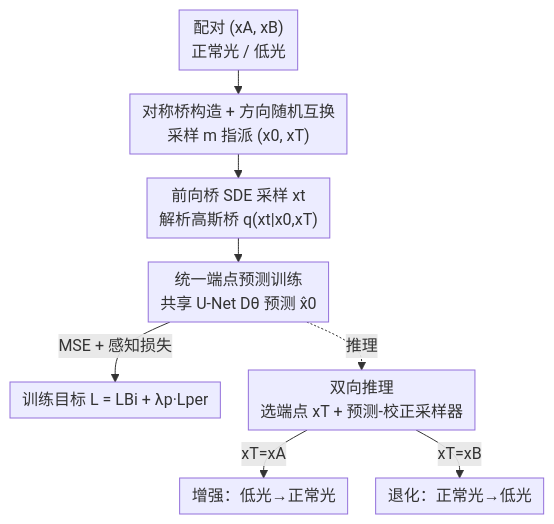
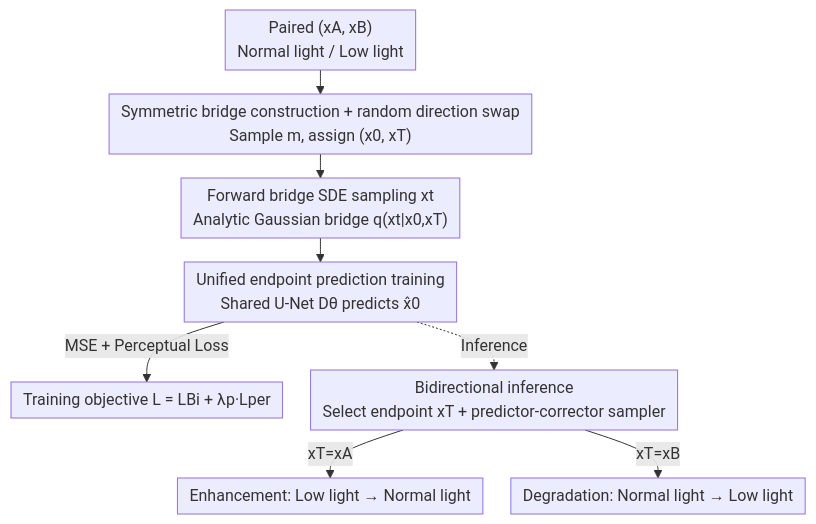
One commit to zhaoyang97/Paper-Notes-en changed the diagram in docs/CVPR2026/image_restoration/bi-bridge_bidirectional_diffusion_bridges_for_low-light_image_enhancement.md. Above: the diagram before and after it, drawn with Mermaid. The commit also changed 644 other files, not shown here.

````diff
--- a/docs/CVPR2026/image_restoration/bi-bridge_bidirectional_diffusion_bridges_for_low-light_image_enhancement.md
+++ b/docs/CVPR2026/image_restoration/bi-bridge_bidirectional_diffusion_bridges_for_low-light_image_enhancement.md
@@ -49,11 +49,11 @@
 ```mermaid
 %%{init: {'flowchart': {'rankSpacing': 24, 'nodeSpacing': 28, 'padding': 6, 'wrappingWidth': 400}}}%%
 flowchart TD
-    A["配对 (xA, xB)<br/>正常光 / 低光"] --> B["对称桥构造 + 方向随机互换<br/>采样 m 指派 (x0, xT)"]
-    B --> C["前向桥 SDE 采样 xt<br/>解析高斯桥 q(xt|x0,xT)"]
-    C --> D["统一端点预测训练<br/>共享 U-Net Dθ 预测 x̂0"]
-    D -->|MSE + 感知损失| E["训练目标 L = LBi + λp·Lper"]
-    D -.推理.-> F["双向推理<br/>选端点 xT + 预测-校正采样器"]
-    F -->|xT=xA| G["增强：低光→正常光"]
-    F -->|xT=xB| H["退化：正常光→低光"]
+    A["Paired (xA, xB)<br/>Normal light / Low light"] --> B["Symmetric bridge construction + random direction swap<br/>Sample m, assign (x0, xT)"]
+    B --> C["Forward bridge SDE sampling xt<br/>Analytic Gaussian bridge q(xt|x0,xT)"]
+    C --> D["Unified endpoint prediction training<br/>Shared U-Net Dθ predicts x̂0"]
+    D -->|MSE + Perceptual Loss| E["Training objective L = LBi + λp·Lper"]
+    D -.Inference.-> F["Bidirectional inference<br/>Select endpoint xT + predictor-corrector sampler"]
+    F -->|xT=xA| G["Enhancement: Low light → Normal light"]
+    F -->|xT=xB| H["Degradation: Normal light → Low light"]
 ```
````
